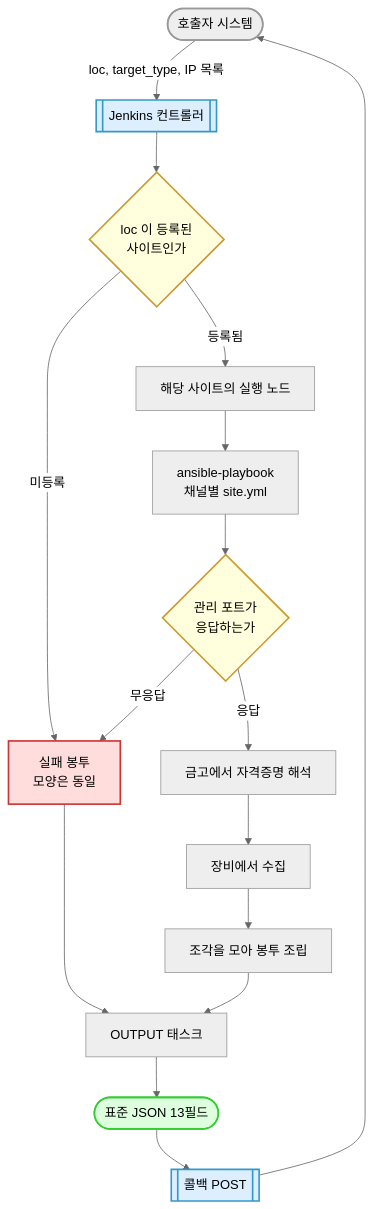
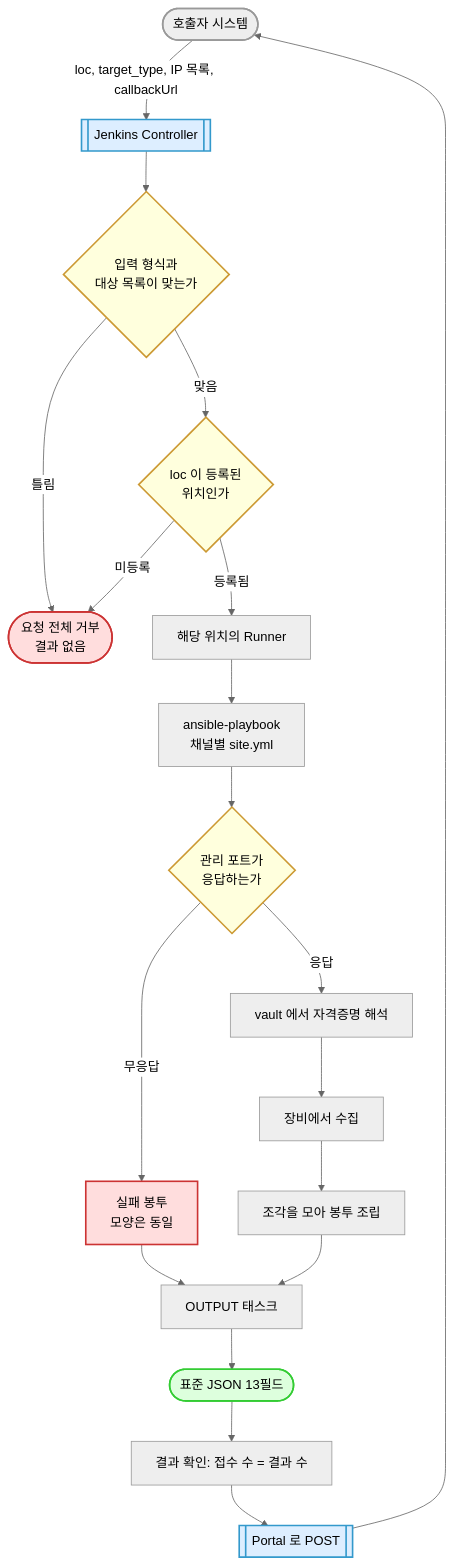
One commit to hshwang1994/server-exporter changed the diagram in docs/overview/02-architecture.md. Above: the diagram before and after it, drawn with Mermaid (neutral theme). The commit also changed other lines of this file and 89 other files, not shown here.

````diff
--- a/docs/overview/02-architecture.md
+++ b/docs/overview/02-architecture.md
@@ -9,34 +9,39 @@
 ```mermaid
 flowchart TD
     CALLER([호출자 시스템]):::start
-    JK[[Jenkins 컨트롤러]]:::ext
-    RESOLVE{loc 이 등록된<br/>사이트인가}:::warn
-    AGENT[해당 사이트의 실행 노드]
+    JK[[Jenkins Controller]]:::ext
+    VALIDATE{입력 형식과<br/>대상 목록이 맞는가}:::warn
+    RESOLVE{loc 이 등록된<br/>위치인가}:::warn
+    AGENT[해당 위치의 Runner]
     PB[ansible-playbook<br/>채널별 site.yml]
     PRE{관리 포트가<br/>응답하는가}:::warn
-    CRED[금고에서 자격증명 해석]
+    CRED[vault 에서 자격증명 해석]
     GATHER[장비에서 수집]
     FRAG[조각을 모아 봉투 조립]
     OUT[OUTPUT 태스크]
-    CB[[콜백 POST]]:::ext
+    FIN[결과 확인: 접수 수 = 결과 수]
+    CB[[Portal 로 POST]]:::ext
     DONE([표준 JSON 13필드]):::ok
     FAIL[실패 봉투<br/>모양은 동일]:::ng
+    REJECT([요청 전체 거부<br/>결과 없음]):::ng
 
-    CALLER -->|loc, target_type, IP 목록| JK
-    JK --> RESOLVE
-    RESOLVE -->|미등록| FAIL
+    CALLER -->|loc, target_type, IP 목록, callbackUrl| JK
+    JK --> VALIDATE
+    VALIDATE -->|틀림| REJECT
+    VALIDATE -->|맞음| RESOLVE
+    RESOLVE -->|미등록| REJECT
     RESOLVE -->|등록됨| AGENT
     AGENT --> PB --> PRE
     PRE -->|무응답| FAIL
     PRE -->|응답| CRED --> GATHER --> FRAG --> OUT
     OUT --> DONE
     FAIL --> OUT
-    DONE --> CB
+    DONE --> FIN --> CB
     CB --> CALLER
 
     classDef start fill:#eee,stroke:#999,color:#000,stroke-width:2px
     classDef ext fill:#def,stroke:#39c,color:#000,stroke-width:2px
     classDef ok fill:#dfd,stroke:#3c3,color:#000,stroke-width:2px
     classDef ng fill:#fdd,stroke:#c33,color:#000,stroke-width:2px
     classDef warn fill:#ffd,stroke:#c93,color:#000,stroke-width:2px
 ```
````
